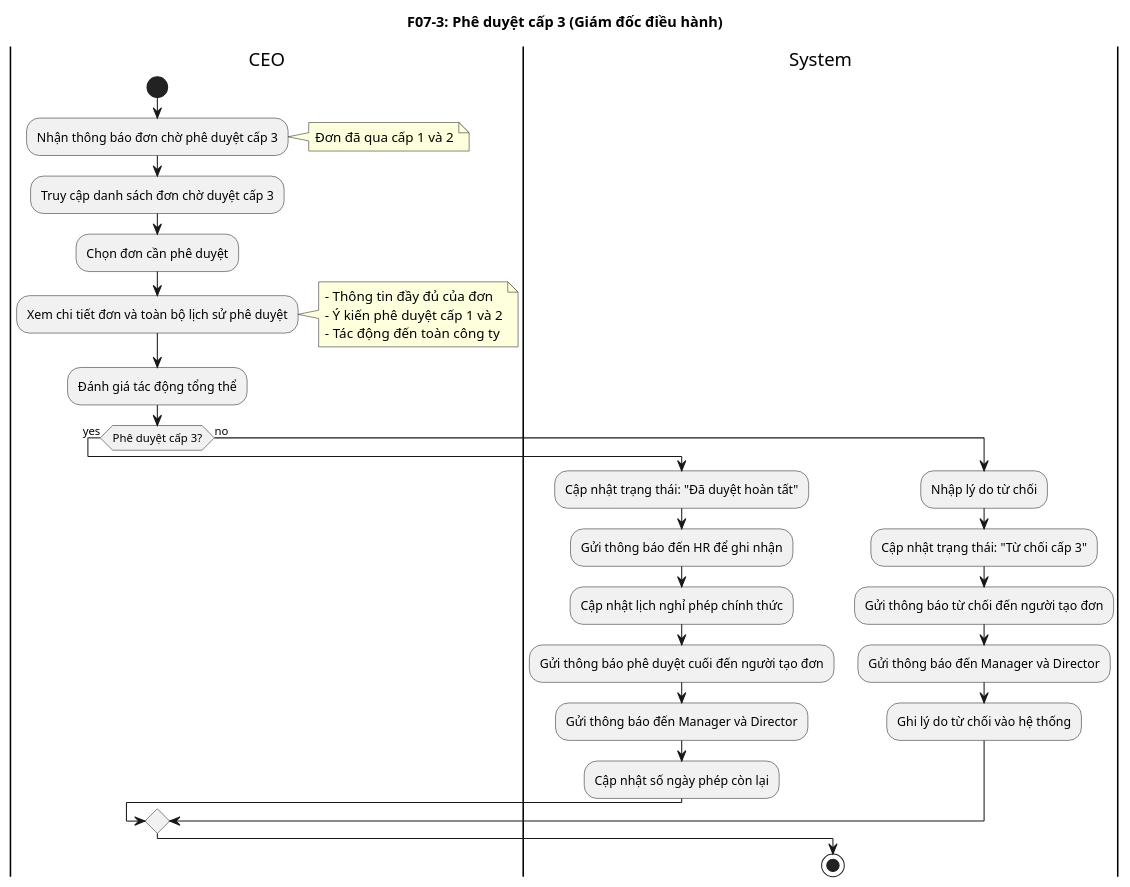
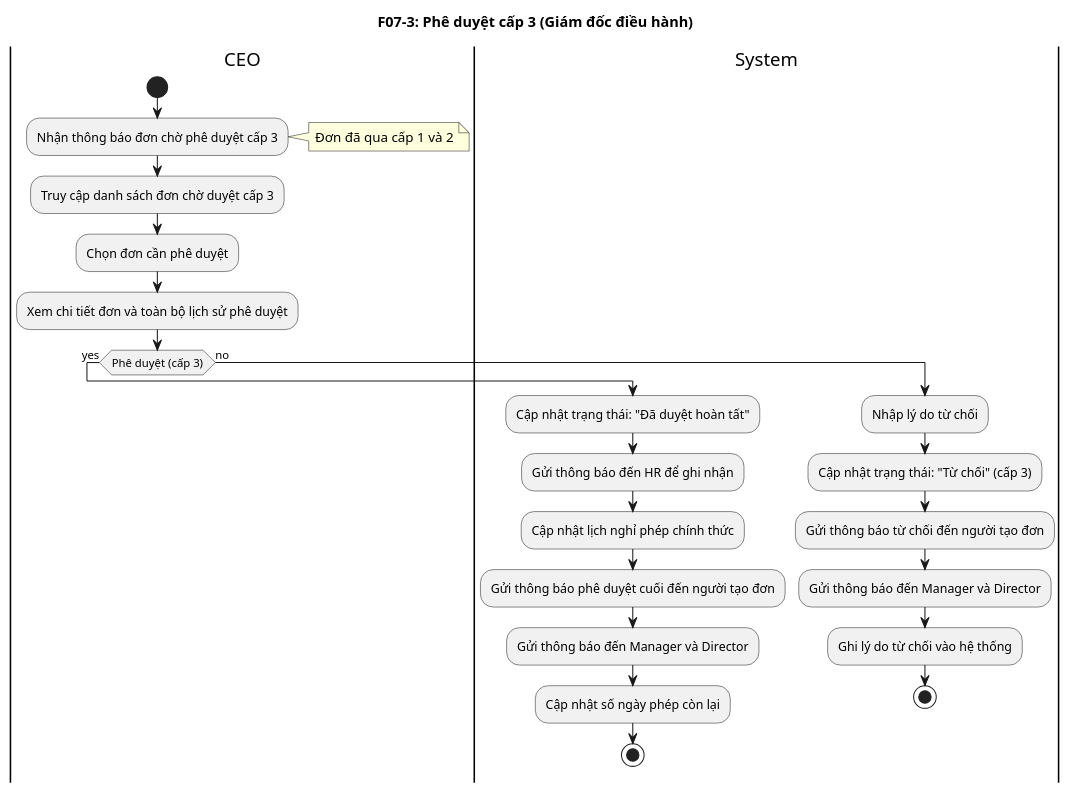
Before and after one commit to hoangh-e/PowerAppp_AppNghiPhep: diagram 12 of 34 in activity_diagrams.puml, drawn with PlantUML. The commit also changed other lines of this file and 25 other files, not shown here.

```diff
--- a/activity_diagrams.puml
+++ b/activity_diagrams.puml
@@ -271,33 +273,28 @@
 @startuml F07_3_Level3_Approval
 title F07-3: Phê duyệt cấp 3 (Giám đốc điều hành)
 |CEO|
 start
 :Nhận thông báo đơn chờ phê duyệt cấp 3;
 note right: Đơn đã qua cấp 1 và 2
 :Truy cập danh sách đơn chờ duyệt cấp 3;
 :Chọn đơn cần phê duyệt;
 :Xem chi tiết đơn và toàn bộ lịch sử phê duyệt;
-note right
-- Thông tin đầy đủ của đơn
-- Ý kiến phê duyệt cấp 1 và 2
-- Tác động đến toàn công ty
-end note
-:Đánh giá tác động tổng thể;
-if (Phê duyệt cấp 3?) then (yes)
+if (Phê duyệt (cấp 3)) then (yes)
   |System|
   :Cập nhật trạng thái: "Đã duyệt hoàn tất";
   :Gửi thông báo đến HR để ghi nhận;
   :Cập nhật lịch nghỉ phép chính thức;
   :Gửi thông báo phê duyệt cuối đến người tạo đơn;
   :Gửi thông báo đến Manager và Director;
   :Cập nhật số ngày phép còn lại;
+  stop
 else (no)
   :Nhập lý do từ chối;
   |System|
-  :Cập nhật trạng thái: "Từ chối cấp 3";
+  :Cập nhật trạng thái: "Từ chối" (cấp 3);
   :Gửi thông báo từ chối đến người tạo đơn;
   :Gửi thông báo đến Manager và Director;
   :Ghi lý do từ chối vào hệ thống;
+  stop
 endif
-stop
 @enduml
```
